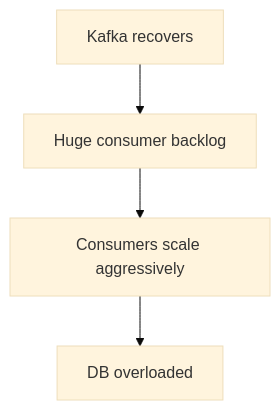
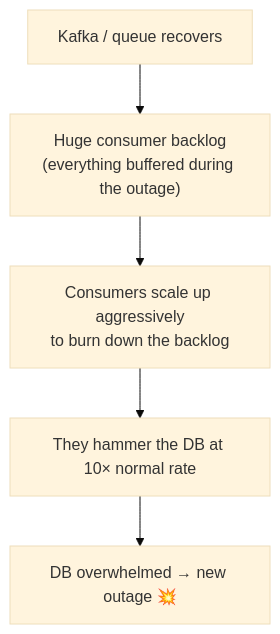
One commit to pankajThakur1874/studysheet changed diagram 20 of 22 in files/08-edge-cases/Tier-6-Advanced-Distributed-Systems.md. Above: the diagram before and after it, drawn with Mermaid (base theme). The commit also changed other lines of this file and 5 other files, not shown here.

````diff
--- a/files/08-edge-cases/Tier-6-Advanced-Distributed-Systems.md
+++ b/files/08-edge-cases/Tier-6-Advanced-Distributed-Systems.md
@@ -491,6 +976,7 @@
 ```mermaid
 flowchart TD
-    A["Kafka recovers"] --> B["Huge consumer backlog"]
-    B --> C["Consumers scale aggressively"]
-    C --> D["DB overloaded"]
+    A["Kafka / queue recovers"] --> B["Huge consumer backlog<br/>(everything buffered during the outage)"]
+    B --> C["Consumers scale up aggressively<br/>to burn down the backlog"]
+    C --> D["They hammer the DB at 10× normal rate"]
+    D --> E["DB overwhelmed → new outage 💥"]
 ```
````
